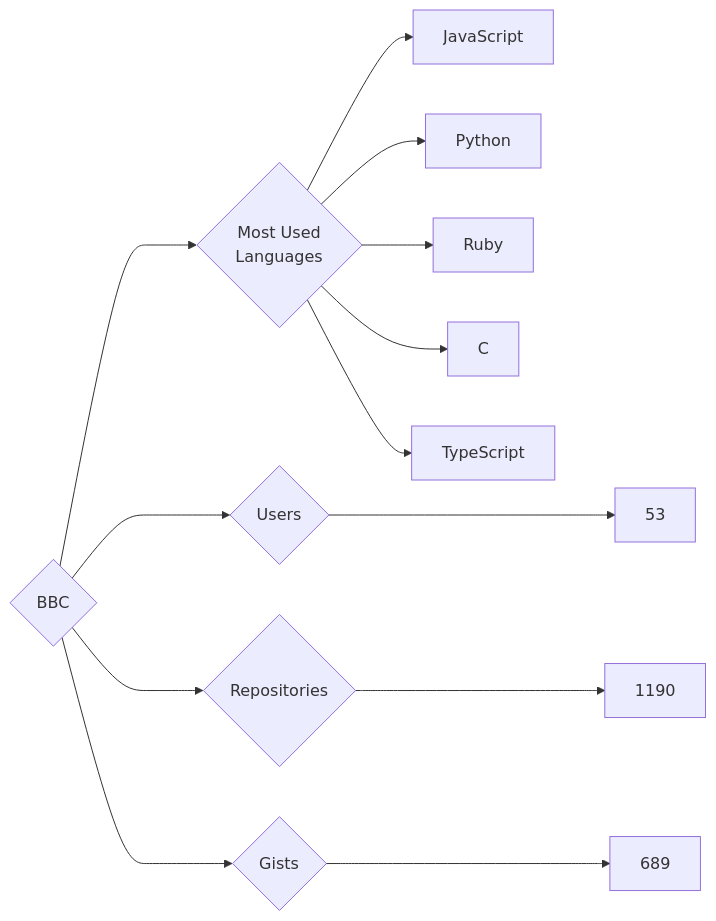
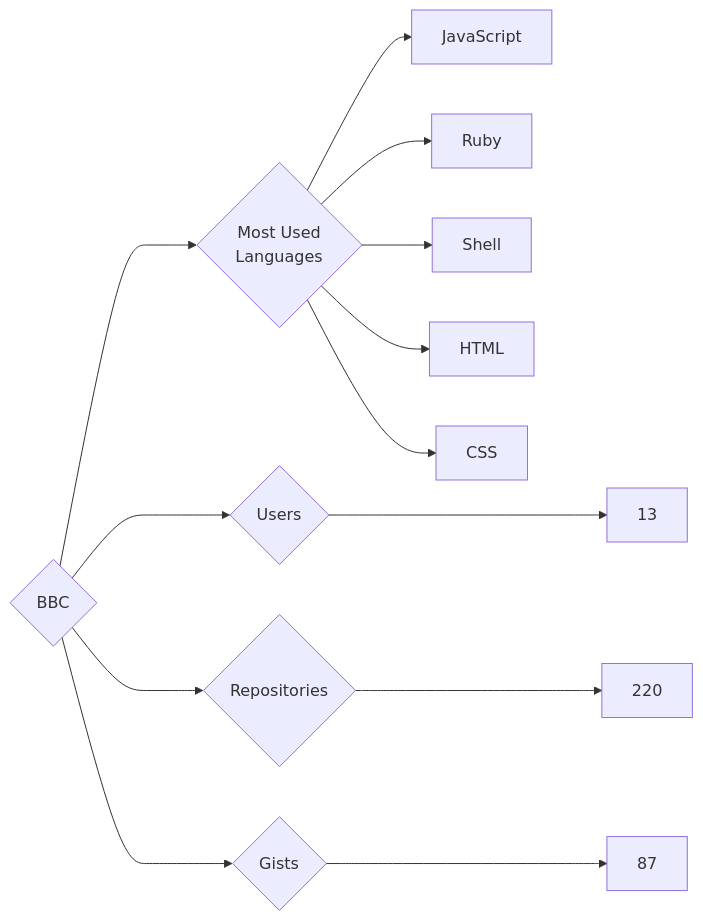
One commit to trickest/insiders changed the diagram in targets/BBC/README.md. Above: the diagram before and after it, drawn with Mermaid. The commit also changed 872 other files, not shown here.

````diff
--- a/targets/BBC/README.md
+++ b/targets/BBC/README.md
@@ -3,13 +3,13 @@
 ```mermaid
 graph LR
 COMPANY_NAME{BBC}
-COMPANY_NAME ---> U{Users} ---> UN[53]
-COMPANY_NAME ---> R{Repositories} ---> RN[1190]
-COMPANY_NAME ---> G{Gists} ---> GN[689]
+COMPANY_NAME ---> U{Users} ---> UN[13]
+COMPANY_NAME ---> R{Repositories} ---> RN[220]
+COMPANY_NAME ---> G{Gists} ---> GN[87]
 COMPANY_NAME ---> ML{Most Used<br>Languages}
 ML --> JavaScript[JavaScript]
-ML --> Python[Python]
 ML --> Ruby[Ruby]
-ML --> C[C]
-ML --> TypeScript[TypeScript]
+ML --> Shell[Shell]
+ML --> HTML[HTML]
+ML --> CSS[CSS]
 ```
````
